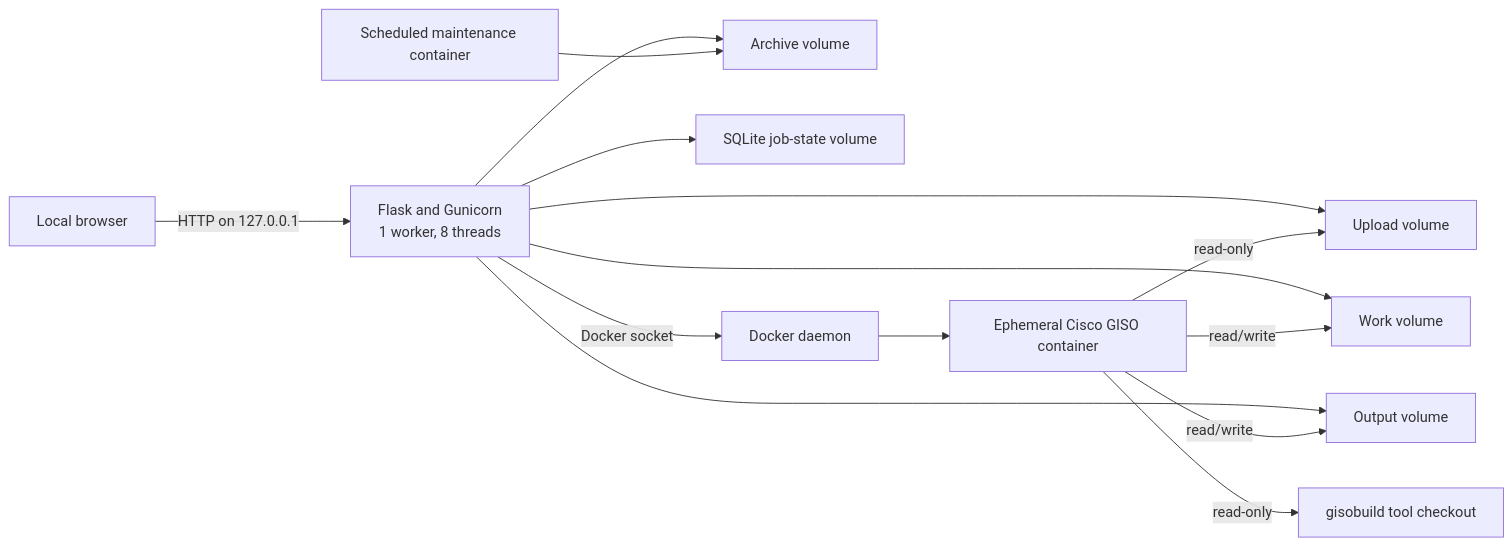
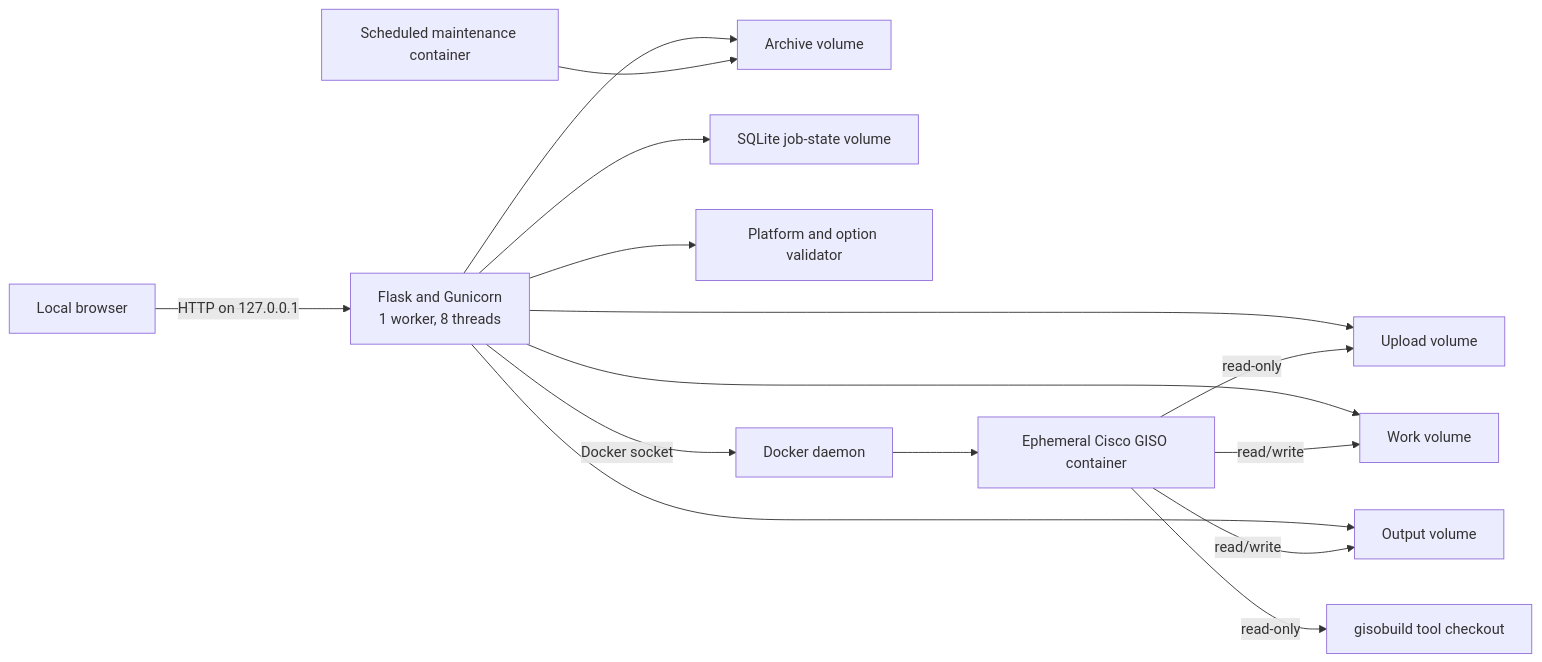
One commit to patricklind/gisobuild-gui changed the diagram in ARCHITECTURE.md. Above: the diagram before and after it, drawn with Mermaid. The commit also changed other lines of this file and 14 other files, not shown here.

````diff
--- a/ARCHITECTURE.md
+++ b/ARCHITECTURE.md
@@ -13,16 +13,17 @@
 ```mermaid
 flowchart LR
     U["Local browser"] -->|"HTTP on 127.0.0.1"| W["Flask and Gunicorn\n1 worker, 8 threads"]
     W --> V1["Upload volume"]
     W --> V2["Work volume"]
     W --> V3["Output volume"]
     W --> V4["Archive volume"]
     W --> S["SQLite job-state volume"]
+    W --> P["Platform and option validator"]
     W -->|"Docker socket"| D["Docker daemon"]
     D --> B["Ephemeral Cisco GISO container"]
     B -->|"read-only"| V1
     B -->|"read-only"| T["gisobuild tool checkout"]
     B -->|"read/write"| V2
     B -->|"read/write"| V3
     M["Scheduled maintenance container"] --> V4
 ```
````
